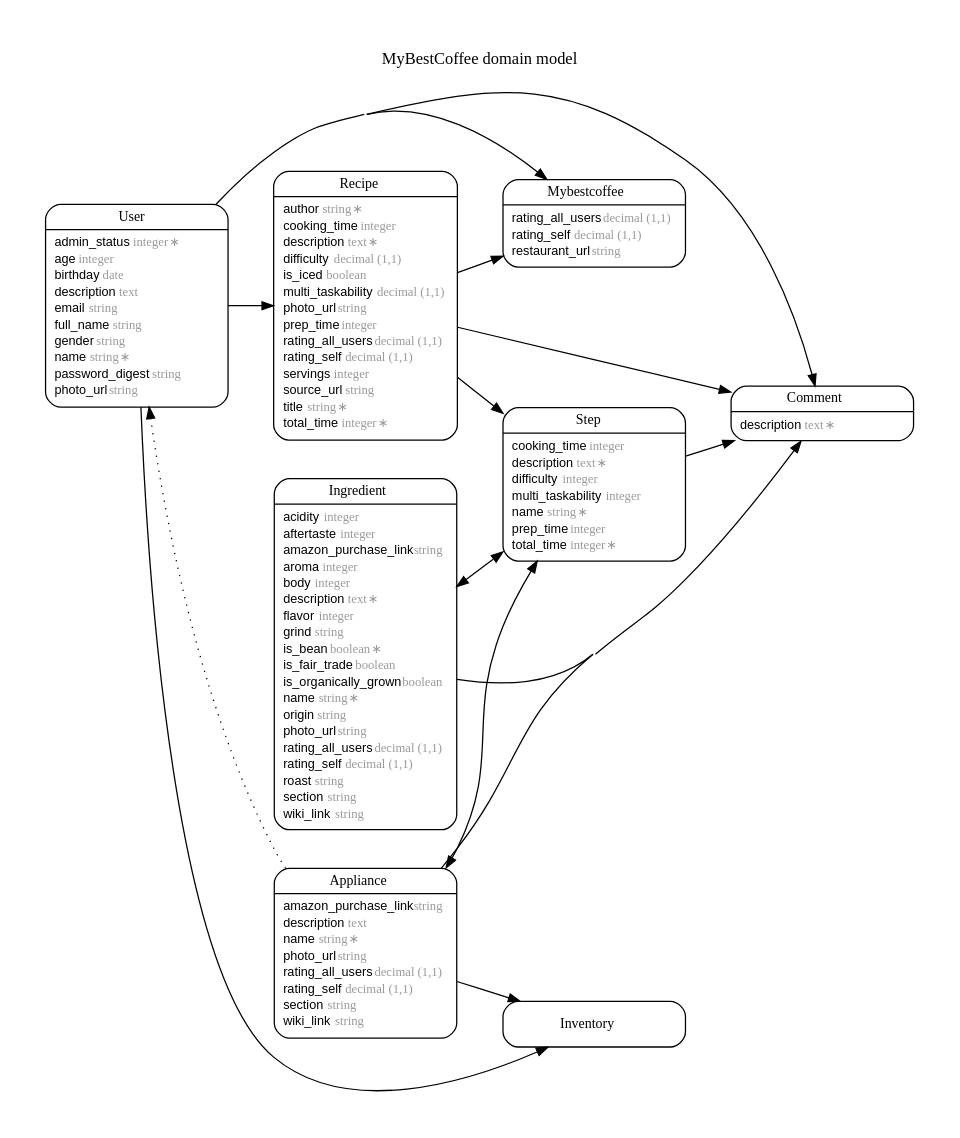
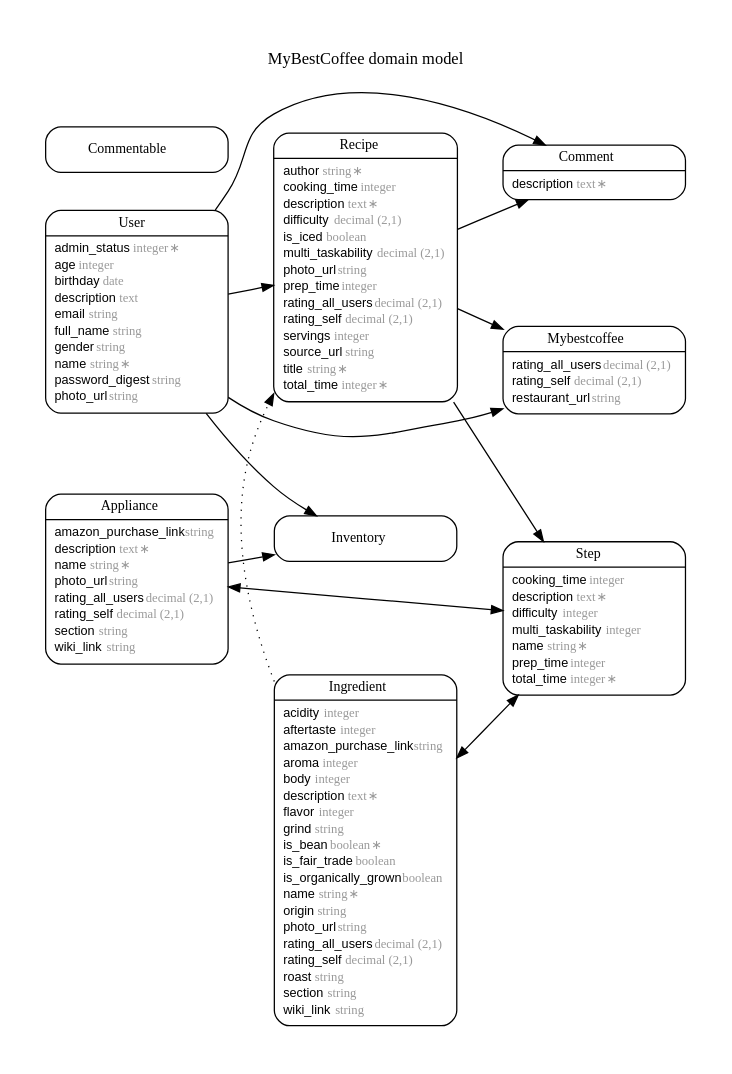
One commit to zioplox11/my_best_coffee changed the diagram in erd.dot. Above: the diagram before and after it, drawn with Graphviz. The commit also changed 7 other files, not shown here.

```diff
--- a/erd.dot
+++ b/erd.dot
@@ -17,11 +17,11 @@
 |
 <table border="0" align="left" cellspacing="2" cellpadding="0" width="134">
   <tr><td align="left" width="130" port="amazon_purchase_link">amazon_purchase_link <font face="Arial Italic" color="grey60">string</font></td></tr>
-  <tr><td align="left" width="130" port="description">description <font face="Arial Italic" color="grey60">text</font></td></tr>
+  <tr><td align="left" width="130" port="description">description <font face="Arial Italic" color="grey60">text ∗</font></td></tr>
   <tr><td align="left" width="130" port="name">name <font face="Arial Italic" color="grey60">string ∗</font></td></tr>
   <tr><td align="left" width="130" port="photo_url">photo_url <font face="Arial Italic" color="grey60">string</font></td></tr>
-  <tr><td align="left" width="130" port="rating_all_users">rating_all_users <font face="Arial Italic" color="grey60">decimal (1,1)</font></td></tr>
-  <tr><td align="left" width="130" port="rating_self">rating_self <font face="Arial Italic" color="grey60">decimal (1,1)</font></td></tr>
+  <tr><td align="left" width="130" port="rating_all_users">rating_all_users <font face="Arial Italic" color="grey60">decimal (2,1)</font></td></tr>
+  <tr><td align="left" width="130" port="rating_self">rating_self <font face="Arial Italic" color="grey60">decimal (2,1)</font></td></tr>
   <tr><td align="left" width="130" port="section">section <font face="Arial Italic" color="grey60">string</font></td></tr>
   <tr><td align="left" width="130" port="wiki_link">wiki_link <font face="Arial Italic" color="grey60">string</font></td></tr>
 </table>
@@ -32,6 +32,10 @@
 |
 <table border="0" align="left" cellspacing="2" cellpadding="0" width="134">
   <tr><td align="left" width="130" port="description">description <font face="Arial Italic" color="grey60">text ∗</font></td></tr>
+</table>
+>];
+m_Commentable [label = <<table border="0" align="center" cellspacing="0.5" cellpadding="0" width="134">
+  <tr><td align="center" valign="bottom" width="130"><font face="Arial Bold" point-size="11">Commentable</font></td></tr>
 </table>
 >];
 m_Ingredient [label = <<table border="0" align="center" cellspacing="0.5" cellpadding="0" width="134">
@@ -53,8 +57,8 @@
   <tr><td align="left" width="130" port="name">name <font face="Arial Italic" color="grey60">string ∗</font></td></tr>
   <tr><td align="left" width="130" port="origin">origin <font face="Arial Italic" color="grey60">string</font></td></tr>
   <tr><td align="left" width="130" port="photo_url">photo_url <font face="Arial Italic" color="grey60">string</font></td></tr>
-  <tr><td align="left" width="130" port="rating_all_users">rating_all_users <font face="Arial Italic" color="grey60">decimal (1,1)</font></td></tr>
-  <tr><td align="left" width="130" port="rating_self">rating_self <font face="Arial Italic" color="grey60">decimal (1,1)</font></td></tr>
+  <tr><td align="left" width="130" port="rating_all_users">rating_all_users <font face="Arial Italic" color="grey60">decimal (2,1)</font></td></tr>
+  <tr><td align="left" width="130" port="rating_self">rating_self <font face="Arial Italic" color="grey60">decimal (2,1)</font></td></tr>
   <tr><td align="left" width="130" port="roast">roast <font face="Arial Italic" color="grey60">string</font></td></tr>
   <tr><td align="left" width="130" port="section">section <font face="Arial Italic" color="grey60">string</font></td></tr>
   <tr><td align="left" width="130" port="wiki_link">wiki_link <font face="Arial Italic" color="grey60">string</font></td></tr>
@@ -69,8 +73,8 @@
 </table>
 |
 <table border="0" align="left" cellspacing="2" cellpadding="0" width="134">
-  <tr><td align="left" width="130" port="rating_all_users">rating_all_users <font face="Arial Italic" color="grey60">decimal (1,1)</font></td></tr>
-  <tr><td align="left" width="130" port="rating_self">rating_self <font face="Arial Italic" color="grey60">decimal (1,1)</font></td></tr>
+  <tr><td align="left" width="130" port="rating_all_users">rating_all_users <font face="Arial Italic" color="grey60">decimal (2,1)</font></td></tr>
+  <tr><td align="left" width="130" port="rating_self">rating_self <font face="Arial Italic" color="grey60">decimal (2,1)</font></td></tr>
   <tr><td align="left" width="130" port="restaurant_url">restaurant_url <font face="Arial Italic" color="grey60">string</font></td></tr>
 </table>
 >];
@@ -82,13 +86,13 @@
   <tr><td align="left" width="130" port="author">author <font face="Arial Italic" color="grey60">string ∗</font></td></tr>
   <tr><td align="left" width="130" port="cooking_time">cooking_time <font face="Arial Italic" color="grey60">integer</font></td></tr>
   <tr><td align="left" width="130" port="description">description <font face="Arial Italic" color="grey60">text ∗</font></td></tr>
-  <tr><td align="left" width="130" port="difficulty">difficulty <font face="Arial Italic" color="grey60">decimal (1,1)</font></td></tr>
+  <tr><td align="left" width="130" port="difficulty">difficulty <font face="Arial Italic" color="grey60">decimal (2,1)</font></td></tr>
   <tr><td align="left" width="130" port="is_iced">is_iced <font face="Arial Italic" color="grey60">boolean</font></td></tr>
-  <tr><td align="left" width="130" port="multi_taskability">multi_taskability <font face="Arial Italic" color="grey60">decimal (1,1)</font></td></tr>
+  <tr><td align="left" width="130" port="multi_taskability">multi_taskability <font face="Arial Italic" color="grey60">decimal (2,1)</font></td></tr>
   <tr><td align="left" width="130" port="photo_url">photo_url <font face="Arial Italic" color="grey60">string</font></td></tr>
   <tr><td align="left" width="130" port="prep_time">prep_time <font face="Arial Italic" color="grey60">integer</font></td></tr>
-  <tr><td align="left" width="130" port="rating_all_users">rating_all_users <font face="Arial Italic" color="grey60">decimal (1,1)</font></td></tr>
-  <tr><td align="left" width="130" port="rating_self">rating_self <font face="Arial Italic" color="grey60">decimal (1,1)</font></td></tr>
+  <tr><td align="left" width="130" port="rating_all_users">rating_all_users <font face="Arial Italic" color="grey60">decimal (2,1)</font></td></tr>
+  <tr><td align="left" width="130" port="rating_self">rating_self <font face="Arial Italic" color="grey60">decimal (2,1)</font></td></tr>
   <tr><td align="left" width="130" port="servings">servings <font face="Arial Italic" color="grey60">integer</font></td></tr>
   <tr><td align="left" width="130" port="source_url">source_url <font face="Arial Italic" color="grey60">string</font></td></tr>
   <tr><td align="left" width="130" port="title">title <font face="Arial Italic" color="grey60">string ∗</font></td></tr>
@@ -129,11 +133,8 @@
   m_Appliance -> m_Inventory [arrowhead = "normal", arrowtail = "none", weight = "2"];
   m_Appliance -> m_User [style = "dotted", arrowhead = "normal", arrowtail = "none", weight = "2", constraint = "false"];
   m_Appliance -> m_Step [arrowhead = "normal", arrowtail = "normal", weight = "2"];
-  m_Appliance -> m_Comment [arrowhead = "normal", arrowtail = "none", weight = "2"];
   m_User -> m_Comment [arrowhead = "normal", arrowtail = "none", weight = "2"];
   m_Recipe -> m_Comment [arrowhead = "normal", arrowtail = "none", weight = "2"];
-  m_Step -> m_Comment [arrowhead = "normal", arrowtail = "none", weight = "2"];
-  m_Ingredient -> m_Comment [arrowhead = "normal", arrowtail = "none", weight = "2"];
   m_Ingredient -> m_Recipe [style = "dotted", arrowhead = "normal", arrowtail = "none", weight = "2", constraint = "false"];
   m_Ingredient -> m_Step [arrowhead = "normal", arrowtail = "normal", weight = "2"];
   m_User -> m_Inventory [arrowhead = "normal", arrowtail = "none", weight = "2"];
```
